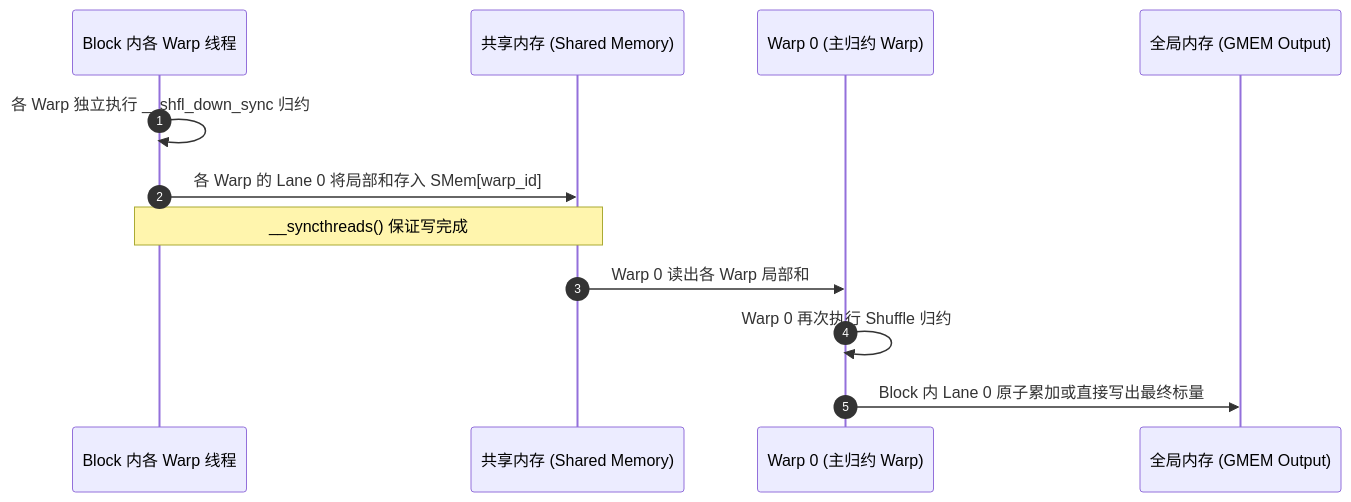
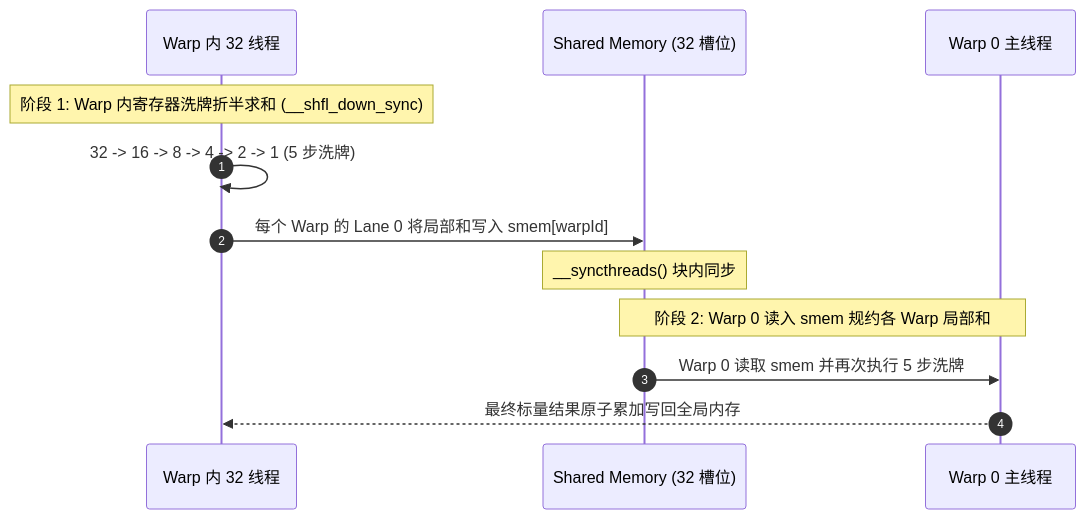
One commit to hsthanb4/hpclearning changed the diagram in cuda/lesson02_reduce_sum.qmd. Above: the diagram before and after it, drawn with Mermaid. The commit also changed other lines of this file and 89 other files, not shown here.

Commit message:
style(docs): relocate images and diagrams adjacent to their textual references across all lessons

````diff
--- a/cuda/lesson02_reduce_sum.qmd
+++ b/cuda/lesson02_reduce_sum.qmd
@@ -35,15 +70,15 @@
 ```{mermaid}
 sequenceDiagram
     autonumber
-    participant T as Block 内各 Warp 线程
-    participant S as 共享内存 (Shared Memory)
-    participant W0 as Warp 0 (主归约 Warp)
-    participant G as 全局内存 (GMEM Output)
+    participant T as Warp 内 32 线程
+    participant S as Shared Memory (32 槽位)
+    participant W0 as Warp 0 主线程
 
-    T->>T: 各 Warp 独立执行 __shfl_down_sync 归约
-    T->>S: 各 Warp 的 Lane 0 将局部和存入 SMem[warp_id]
-    Note over T,S: __syncthreads() 保证写完成
-    S->>W0: Warp 0 读出各 Warp 局部和
-    W0->>W0: Warp 0 再次执行 Shuffle 归约
-    W0->>G: Block 内 Lane 0 原子累加或直接写出最终标量
+    Note over T: 阶段 1: Warp 内寄存器洗牌折半求和 (__shfl_down_sync)
+    T->>T: 32 -> 16 -> 8 -> 4 -> 2 -> 1 (5 步洗牌)
+    T->>S: 每个 Warp 的 Lane 0 将局部和写入 smem[warpId]
+    Note over S: __syncthreads() 块内同步
+    Note over W0,S: 阶段 2: Warp 0 读入 smem 规约各 Warp 局部和
+    S->>W0: Warp 0 读取 smem 并再次执行 5 步洗牌
+    W0-->>T: 最终标量结果原子累加写回全局内存
 ```
````
